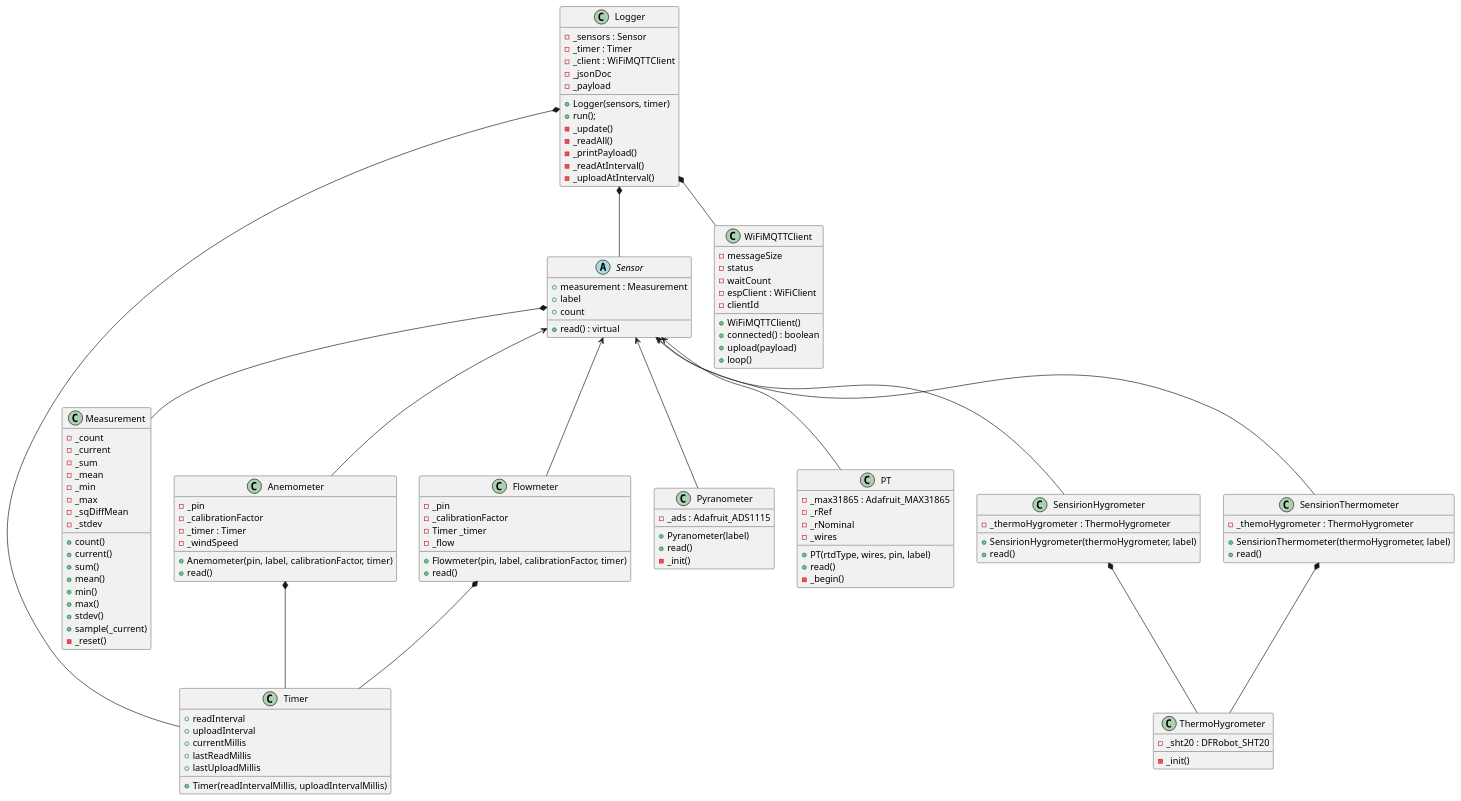
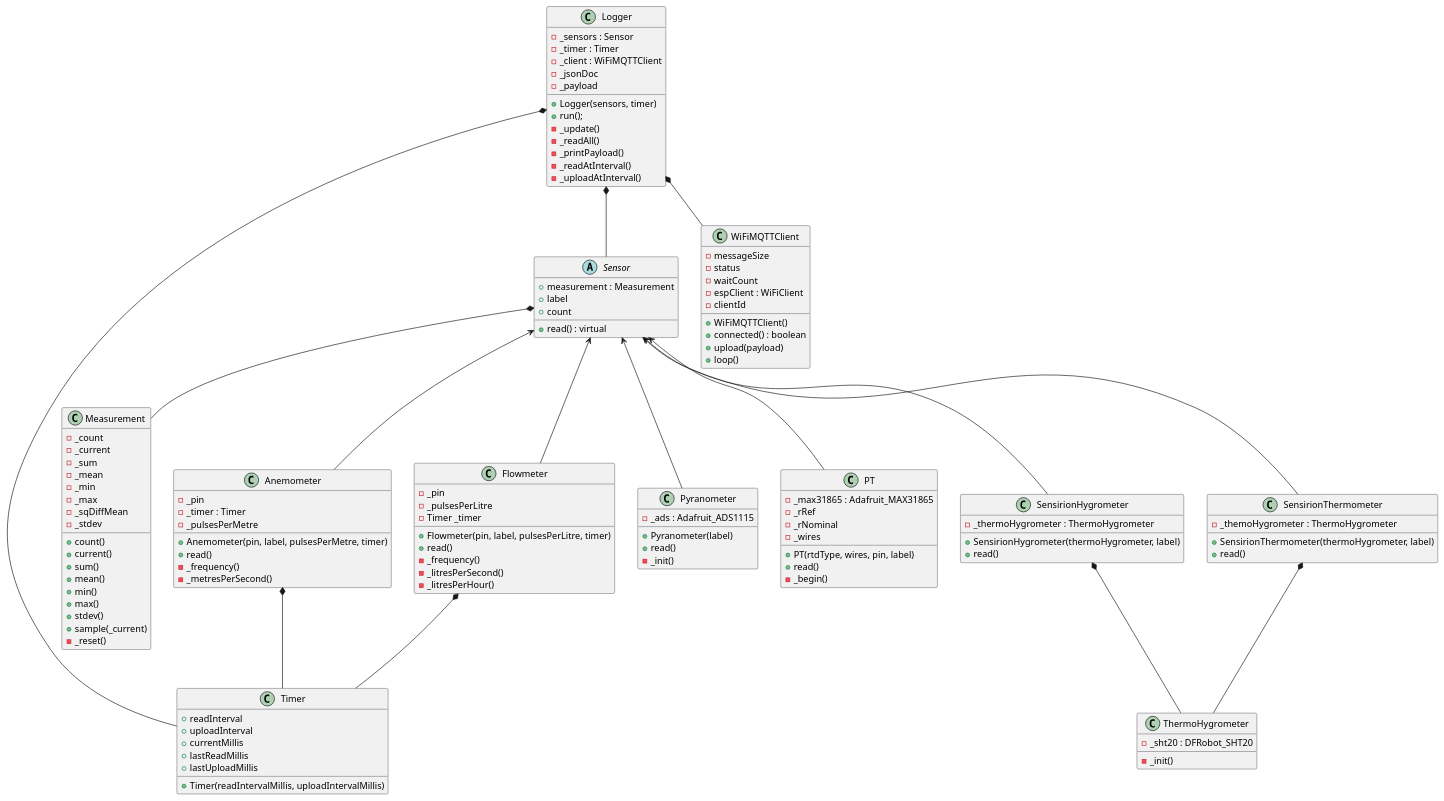
The diagram in class_diagram.puml (orestispanago/Solar-logger), drawn with PlantUML before and after one commit. The commit also changed 6 other files, not shown here.

Commit message:
Moved calculations from anemometer and flowmeter read() to functions

```diff
--- a/class_diagram.puml
+++ b/class_diagram.puml
@@ -1,138 +1,141 @@
 @startuml
 'Solar-logger class diagram'
 
 class Sensor{
     + read() : virtual
     + measurement : Measurement
     + label
     + count
 }
 
 class Measurement{
     - _count
     - _current
     - _sum
     - _mean
     - _min
     - _max
     - _sqDiffMean
     - _stdev
     + count()
     + current()
     + sum()
     + mean()
     + min()
     + max()
     + stdev()
     + sample(_current)
     - _reset()
 }
 
 class Timer{
     + Timer(readIntervalMillis, uploadIntervalMillis)
     + readInterval
     + uploadInterval
     + currentMillis
     + lastReadMillis
     + lastUploadMillis
 }
 
 class Anemometer
 {
+    + Anemometer(pin, label, pulsesPerMetre, timer)
+    + read()
     - _pin
-    - _calibrationFactor
     - _timer : Timer
-    - _windSpeed
-    + Anemometer(pin, label, calibrationFactor, timer)
-    + read()
+    - _pulsesPerMetre
+    - _frequency()
+    - _metresPerSecond()
 }
 
 class Flowmeter
 {
+    + Flowmeter(pin, label, pulsesPerLitre, timer)
+    + read()
     - _pin
-    - _calibrationFactor
+    - _pulsesPerLitre
     - Timer _timer
-    - _flow
-    + Flowmeter(pin, label, calibrationFactor, timer)
-    + read()
+    - _frequency()
+    - _litresPerSecond()
+    - _litresPerHour()
 }
 
 class Pyranometer{
     + Pyranometer(label)
     + read()
     - _ads : Adafruit_ADS1115
     - _init()
 }
 
 class PT{
     + PT(rtdType, wires, pin, label)
     + read()
     -_max31865 : Adafruit_MAX31865
     - _rRef
     - _rNominal
     - _wires
     - _begin()
 }
 
 class ThermoHygrometer{
     - _sht20 : DFRobot_SHT20
     - _init()
 }
 
 class SensirionHygrometer{
     + SensirionHygrometer(thermoHygrometer, label)
     + read()
     - _thermoHygrometer : ThermoHygrometer
 }
 
 class SensirionThermometer{
     + SensirionThermometer(thermoHygrometer, label)
     + read()
     - _themoHygrometer : ThermoHygrometer
 }
 
 class WiFiMQTTClient{
     + WiFiMQTTClient()
     + connected() : boolean
     + upload(payload)
     + loop()
     - messageSize
     - status
     - waitCount
     - espClient : WiFiClient
     - clientId
 }
 
 class Logger{
     + Logger(sensors, timer)
     + run();
     - _sensors : Sensor
     - _timer : Timer
     - _client : WiFiMQTTClient
     - _jsonDoc
     - _payload
     - _update()
     - _readAll()
     - _printPayload()
     - _readAtInterval()
     - _uploadAtInterval()
 }
 
 abstract Sensor
 Sensor *-- Measurement
 Sensor <-- Anemometer
 Sensor <-- Flowmeter
 Sensor <-- Pyranometer
 Sensor <-- PT
 Sensor <-- SensirionThermometer
 Sensor <-- SensirionHygrometer
 Anemometer *-- Timer
 Flowmeter *-- Timer
 SensirionHygrometer *-- ThermoHygrometer
 SensirionThermometer *-- ThermoHygrometer
 
 Logger *-- Sensor
 Logger *-- Timer
 Logger *-- WiFiMQTTClient
 
 @enduml
```
